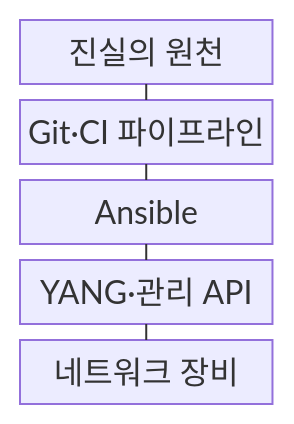
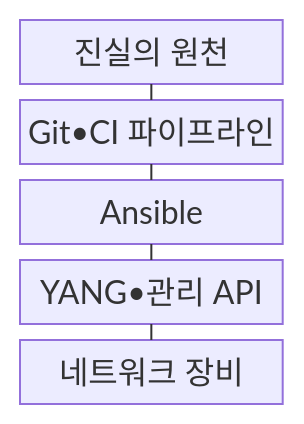
One commit to agnusdei1207/knowledge-base changed the first of 2 diagrams in src/content/docs/notes/04-network/061_network_automation.md. Above: the diagram before and after it, drawn with Mermaid. The commit also changed other lines of this file and 953 other files, not shown here.

````diff
--- a/src/content/docs/notes/04-network/061_network_automation.md
+++ b/src/content/docs/notes/04-network/061_network_automation.md
@@ -69,13 +69,13 @@
 ```mermaid
 block-beta
     columns 1
     A["진실의 원천"]
-    B["Git·CI 파이프라인"]
+    B["Git•CI 파이프라인"]
     C["Ansible"]
-    D["YANG·관리 API"]
+    D["YANG•관리 API"]
     E["네트워크 장비"]
     A --- B
     B --- C
     C --- D
     D --- E
 ```
````
